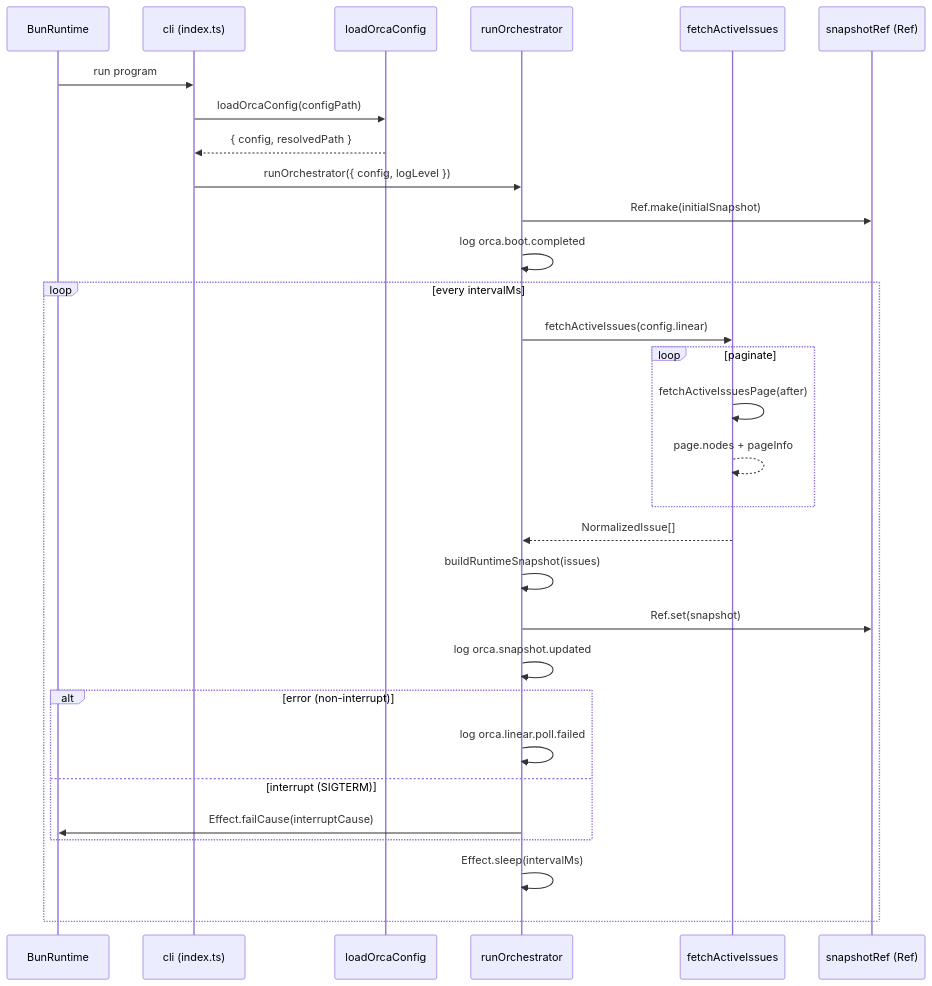
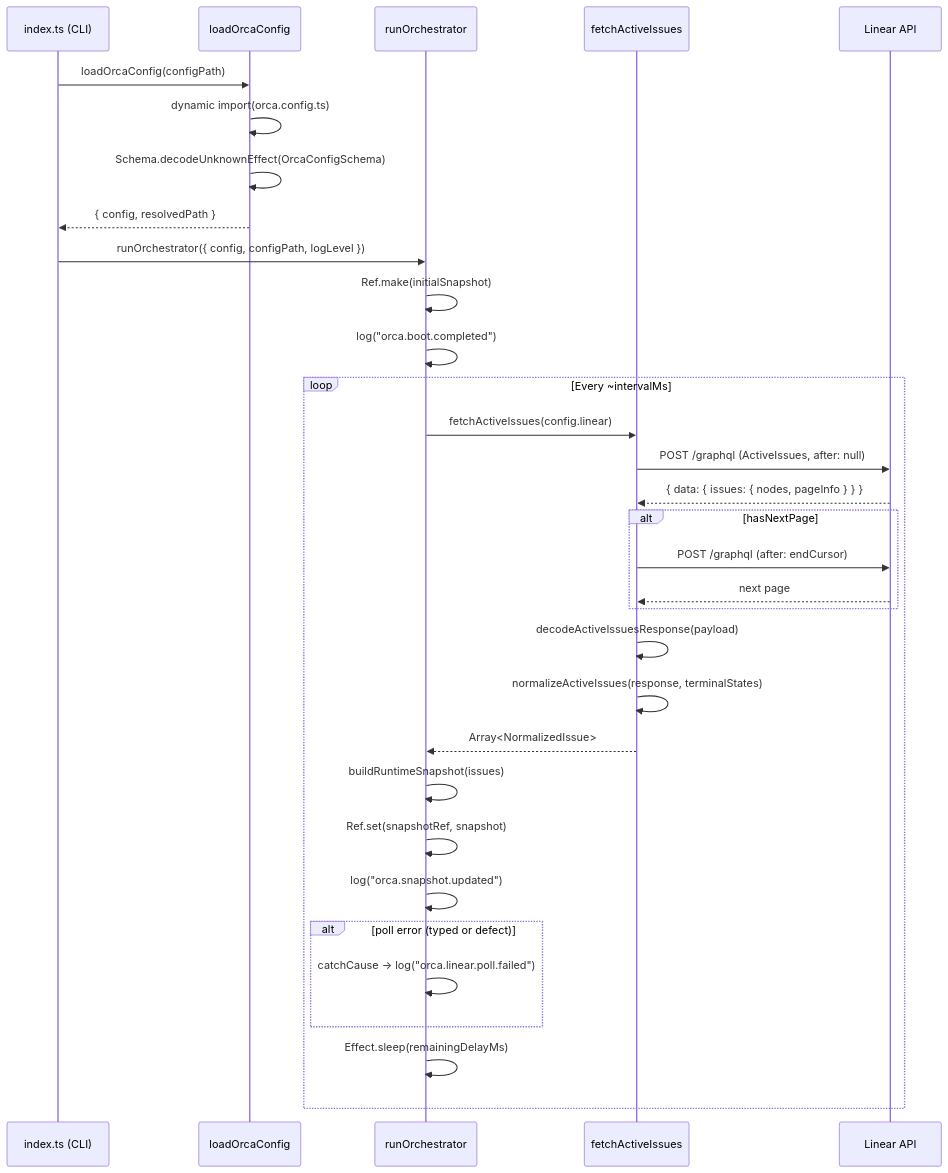
Before and after one commit to peterje/orca2: the diagram in .orca/issue.md, drawn with Mermaid. The commit also changed other lines of this file and 2 other files, not shown here.

````diff
--- a/.orca/issue.md
+++ b/.orca/issue.md
@@ -290,34 +78,37 @@
 ```mermaid
 sequenceDiagram
-    participant Main as BunRuntime
-    participant CLI as cli (index.ts)
-    participant Config as loadOrcaConfig
+    participant CLI as index.ts (CLI)
+    participant OC as loadOrcaConfig
     participant Orch as runOrchestrator
     participant Linear as fetchActiveIssues
-    participant Ref as snapshotRef (Ref)
+    participant LA as Linear API
 
-    Main->>CLI: run program
-    CLI->>Config: loadOrcaConfig(configPath)
-    Config-->>CLI: { config, resolvedPath }
-    CLI->>Orch: runOrchestrator({ config, logLevel })
-    Orch->>Ref: Ref.make(initialSnapshot)
-    Orch->>Orch: log orca.boot.completed
+    CLI->>OC: loadOrcaConfig(configPath)
+    OC->>OC: dynamic import(orca.config.ts)
+    OC->>OC: Schema.decodeUnknownEffect(OrcaConfigSchema)
+    OC-->>CLI: { config, resolvedPath }
 
-    loop every intervalMs
+    CLI->>Orch: runOrchestrator({ config, configPath, logLevel })
+    Orch->>Orch: Ref.make(initialSnapshot)
+    Orch->>Orch: log("orca.boot.completed")
+
+    loop Every ~intervalMs
         Orch->>Linear: fetchActiveIssues(config.linear)
-        loop paginate
-            Linear->>Linear: fetchActiveIssuesPage(after)
-            Linear-->>Linear: page.nodes + pageInfo
+        Linear->>LA: POST /graphql (ActiveIssues, after: null)
+        LA-->>Linear: { data: { issues: { nodes, pageInfo } } }
+        alt hasNextPage
+            Linear->>LA: POST /graphql (after: endCursor)
+            LA-->>Linear: next page
         end
-        Linear-->>Orch: NormalizedIssue[]
+        Linear->>Linear: decodeActiveIssuesResponse(payload)
+        Linear->>Linear: normalizeActiveIssues(response, terminalStates)
+        Linear-->>Orch: Array<NormalizedIssue>
         Orch->>Orch: buildRuntimeSnapshot(issues)
-        Orch->>Ref: Ref.set(snapshot)
-        Orch->>Orch: log orca.snapshot.updated
-        alt error (non-interrupt)
-            Orch->>Orch: log orca.linear.poll.failed
-        else interrupt (SIGTERM)
-            Orch->>Main: Effect.failCause(interruptCause)
+        Orch->>Orch: Ref.set(snapshotRef, snapshot)
+        Orch->>Orch: log("orca.snapshot.updated")
+        alt poll error (typed or defect)
+            Orch->>Orch: catchCause → log("orca.linear.poll.failed")
         end
-        Orch->>Orch: Effect.sleep(intervalMs)
+        Orch->>Orch: Effect.sleep(remainingDelayMs)
     end
 ```
````
